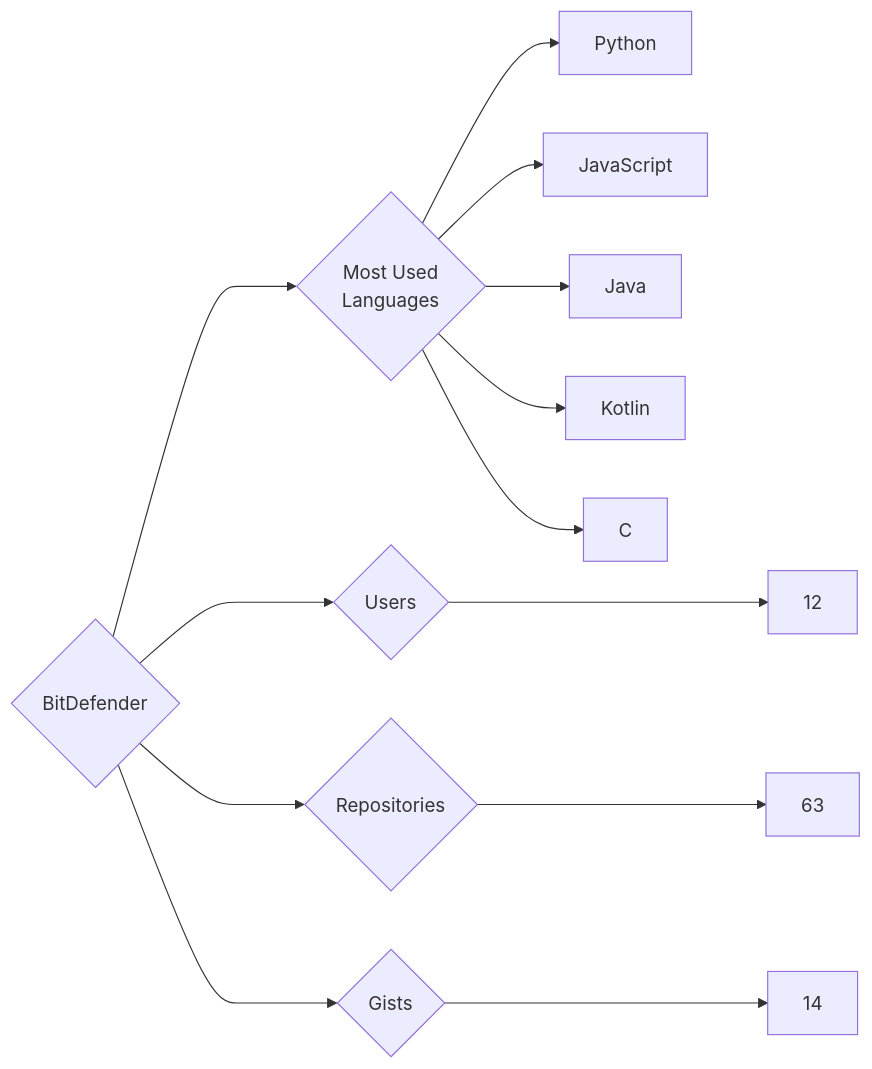
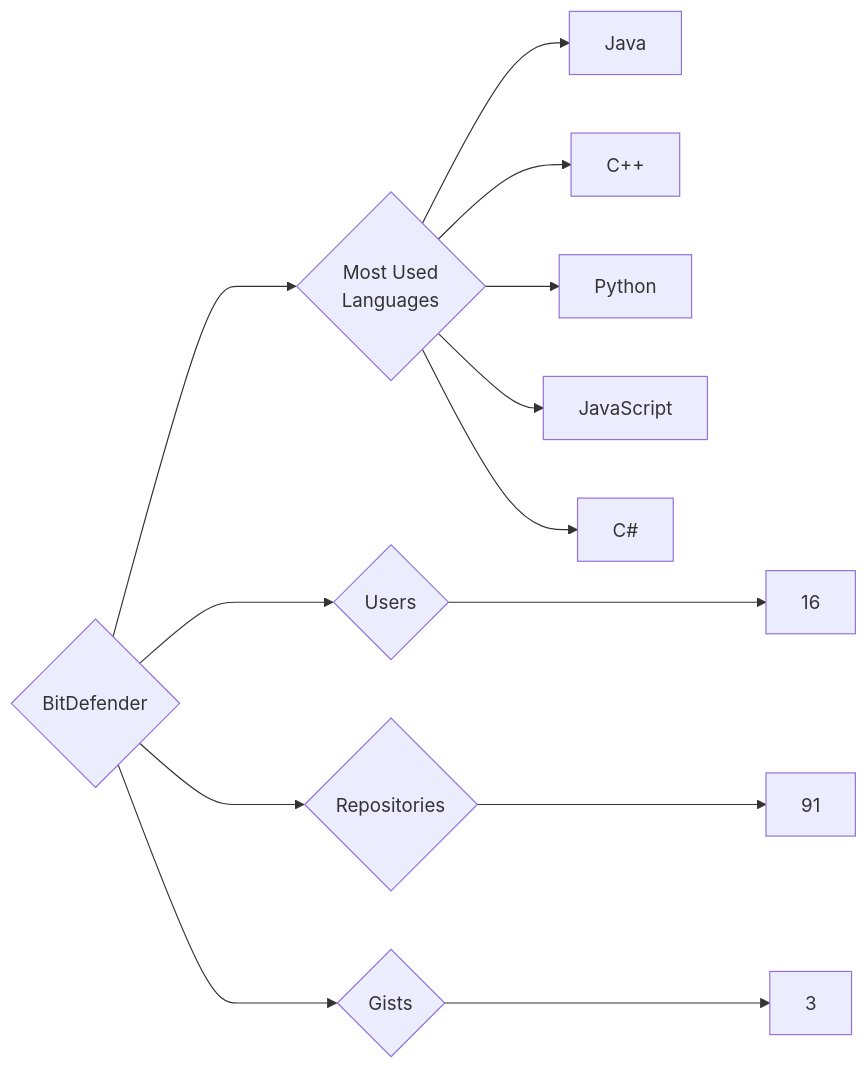
The diagram in targets/BitDefender/README.md (trickest/insiders), drawn with Mermaid before and after one commit. The commit also changed 736 other files, not shown here.

````diff
--- a/targets/BitDefender/README.md
+++ b/targets/BitDefender/README.md
@@ -3,13 +3,13 @@
 ```mermaid
 graph LR
 COMPANY_NAME{BitDefender}
-COMPANY_NAME ---> U{Users} ---> UN[12]
-COMPANY_NAME ---> R{Repositories} ---> RN[63]
-COMPANY_NAME ---> G{Gists} ---> GN[14]
+COMPANY_NAME ---> U{Users} ---> UN[16]
+COMPANY_NAME ---> R{Repositories} ---> RN[91]
+COMPANY_NAME ---> G{Gists} ---> GN[3]
 COMPANY_NAME ---> ML{Most Used<br>Languages}
+ML --> Java[Java]
+ML --> C++[C++]
 ML --> Python[Python]
 ML --> JavaScript[JavaScript]
-ML --> Java[Java]
-ML --> Kotlin[Kotlin]
-ML --> C[C]
+ML --> C#[C#]
 ```
````
